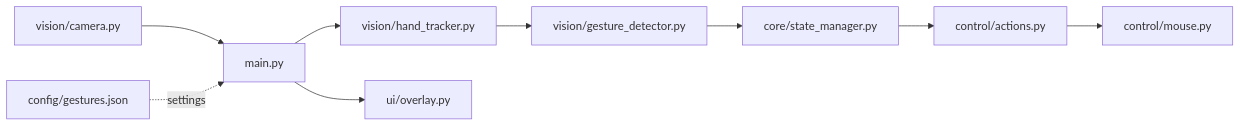
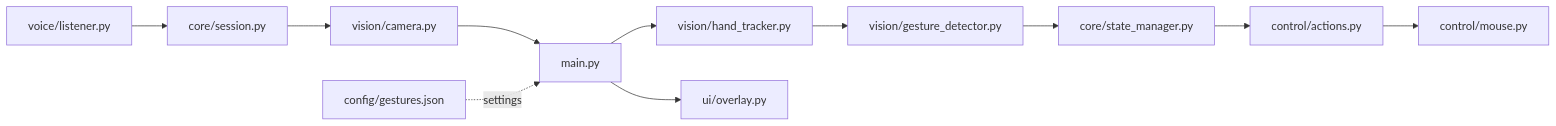
The diagram in README.md (Pranjalstart679/Cam-Gestures), drawn with Mermaid before and after one commit. The commit also changed other lines of this file and 22 other files, not shown here.

````diff
--- a/README.md
+++ b/README.md
@@ -17,11 +20,13 @@
 ```mermaid
 flowchart LR
-    Camera["vision/camera.py"] --> Main["main.py"]
+    Voice["voice/listener.py"] --> Session["core/session.py"]
+    Session --> Camera["vision/camera.py"]
+    Camera --> Main["main.py"]
     Main --> Tracker["vision/hand_tracker.py"]
     Tracker --> Detector["vision/gesture_detector.py"]
     Detector --> State["core/state_manager.py"]
     State --> Actions["control/actions.py"]
     Actions --> Mouse["control/mouse.py"]
     Config["config/gestures.json"] -. settings .-> Main
     Main --> Overlay["ui/overlay.py"]
 ```
````
